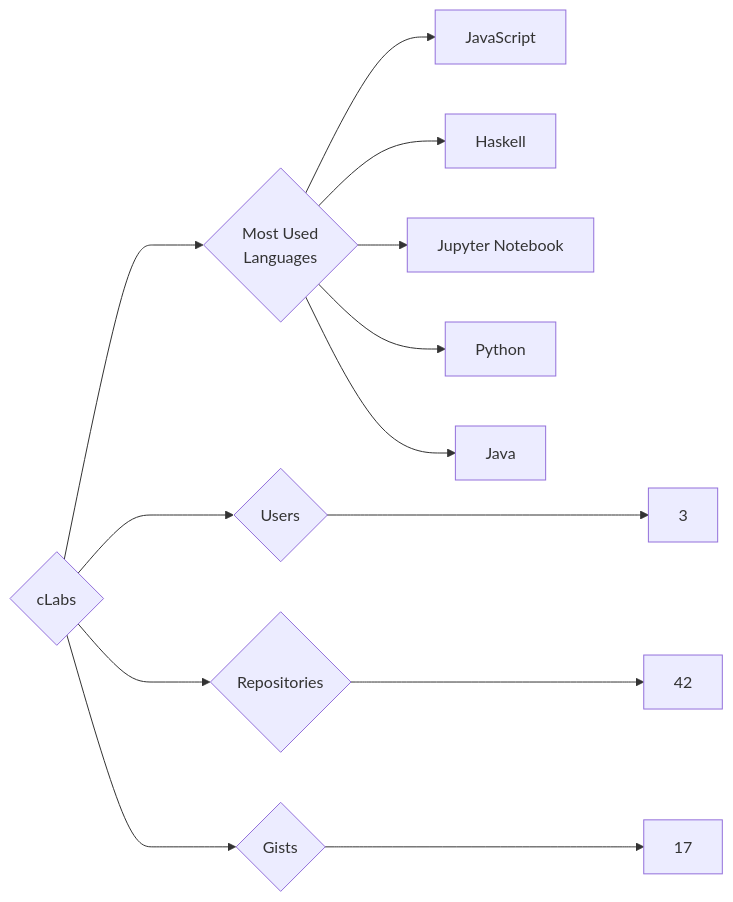
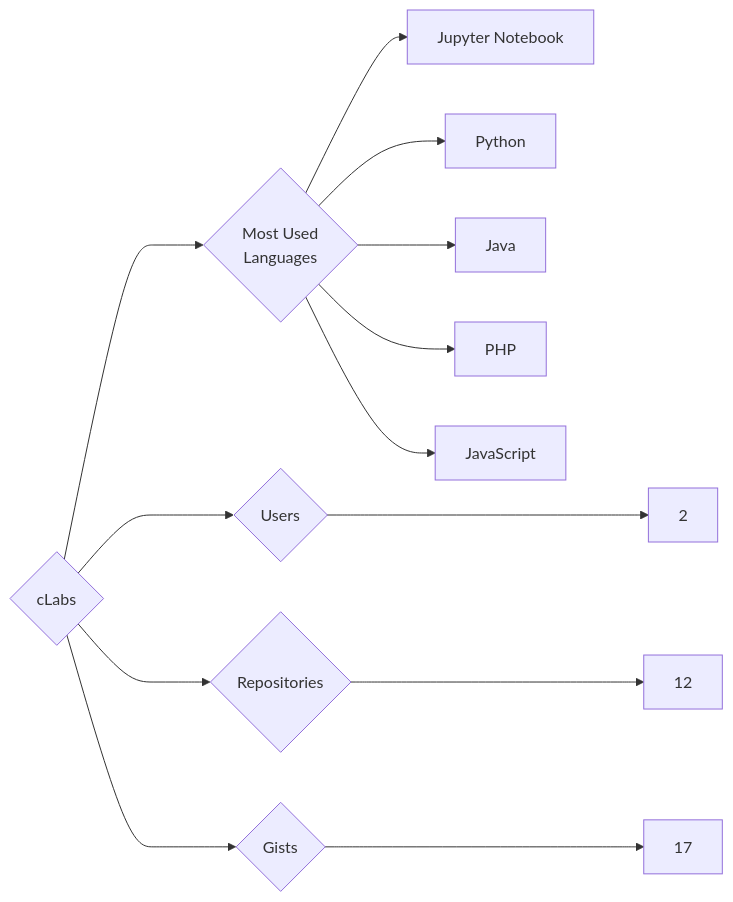
The diagram in targets/cLabs/README.md (trickest/insiders), drawn with Mermaid before and after one commit. The commit also changed 938 other files, not shown here.

````diff
--- a/targets/cLabs/README.md
+++ b/targets/cLabs/README.md
@@ -3,13 +3,13 @@
 ```mermaid
 graph LR
 COMPANY_NAME{cLabs}
-COMPANY_NAME ---> U{Users} ---> UN[3]
-COMPANY_NAME ---> R{Repositories} ---> RN[42]
+COMPANY_NAME ---> U{Users} ---> UN[2]
+COMPANY_NAME ---> R{Repositories} ---> RN[12]
 COMPANY_NAME ---> G{Gists} ---> GN[17]
 COMPANY_NAME ---> ML{Most Used<br>Languages}
-ML --> JavaScript[JavaScript]
-ML --> Haskell[Haskell]
 ML --> Jupyter_Notebook[Jupyter Notebook]
 ML --> Python[Python]
 ML --> Java[Java]
+ML --> PHP[PHP]
+ML --> JavaScript[JavaScript]
 ```
````
